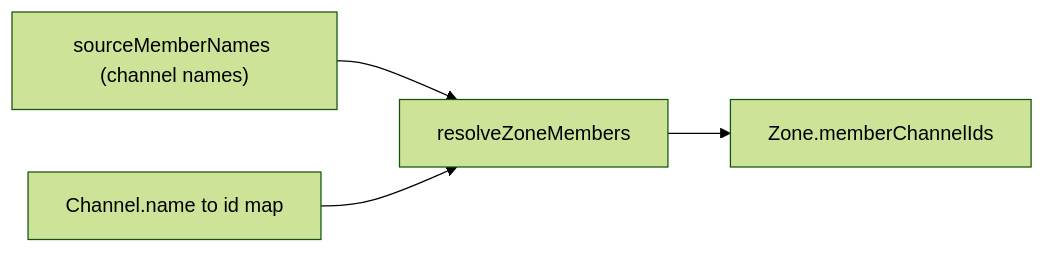
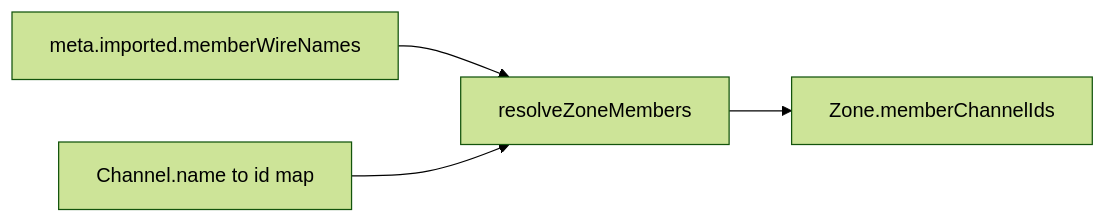
One commit to pskillen/codeplug-tool changed the second of 2 diagrams in docs/features/data-model/README.md. Above: the diagram before and after it, drawn with Mermaid (forest theme). The commit also changed other lines of this file and 8 other files, not shown here.

````diff
--- a/docs/features/data-model/README.md
+++ b/docs/features/data-model/README.md
@@ -131,6 +147,6 @@
 ```mermaid
 flowchart LR
-  Names["sourceMemberNames (channel names)"] --> Resolve["resolveZoneMembers"]
+  Prov["meta.imported.memberWireNames"] --> Resolve["resolveZoneMembers"]
   Channels["Channel.name to id map"] --> Resolve
   Resolve --> Zone["Zone.memberChannelIds"]
 ```
````
